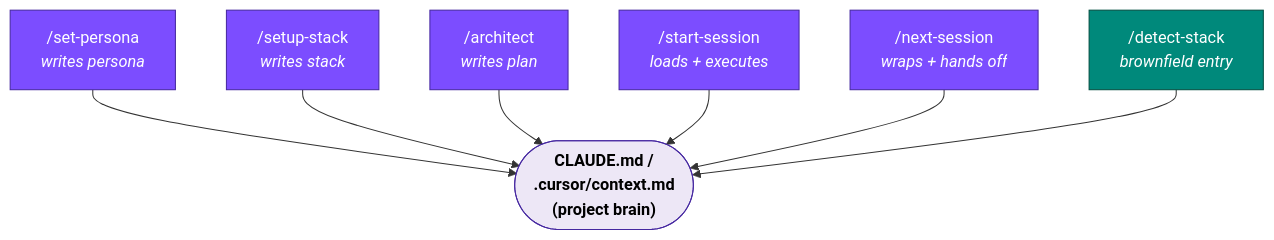
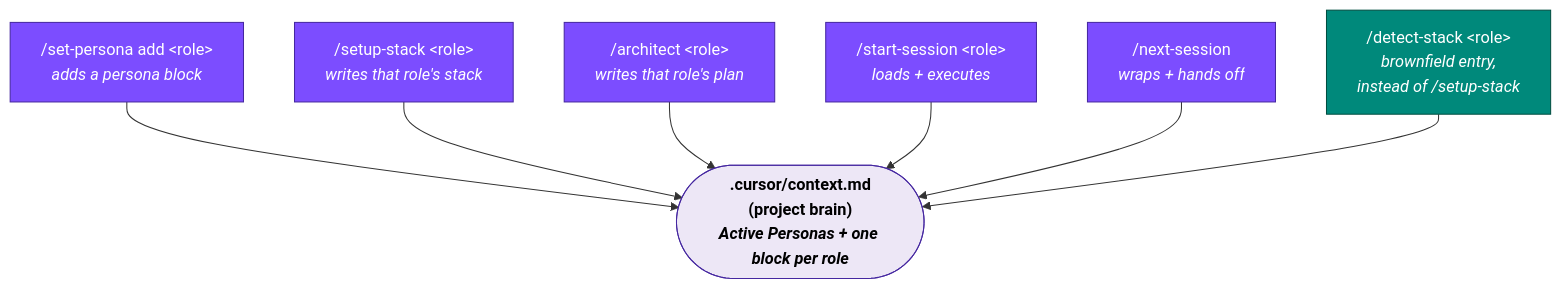
Before and after one commit to axel-sirota/cursor-course-templates: the diagram in materials/diagrams/d04-six-commands-overview.mmd, drawn with Mermaid. The commit also changed 58 other files, not shown here.

First line of the commit message:
feat(intuit): enforce persona flow gates, fix slide diagrams, add basic concepts section

```diff
--- a/materials/diagrams/d04-six-commands-overview.mmd
+++ b/materials/diagrams/d04-six-commands-overview.mmd
@@ -1,23 +1,23 @@
 flowchart TB
-  CTX(["CLAUDE.md /<br/>.cursor/context.md<br/>(project brain)"])
+  CTX([".cursor/context.md<br/>(project brain)<br/><i>Active Personas + one block per role</i>"])
 
-  SP["/set-persona<br/><i>writes persona</i>"]
-  SS["/setup-stack<br/><i>writes stack</i>"]
-  AR["/architect<br/><i>writes plan</i>"]
-  ST["/start-session<br/><i>loads + executes</i>"]
+  SP["/set-persona add &lt;role&gt;<br/><i>adds a persona block</i>"]
+  SS["/setup-stack &lt;role&gt;<br/><i>writes that role's stack</i>"]
+  AR["/architect &lt;role&gt;<br/><i>writes that role's plan</i>"]
+  ST["/start-session &lt;role&gt;<br/><i>loads + executes</i>"]
   NS["/next-session<br/><i>wraps + hands off</i>"]
-  DS["/detect-stack<br/><i>brownfield entry</i>"]
+  DS["/detect-stack &lt;role&gt;<br/><i>brownfield entry,<br/>instead of /setup-stack</i>"]
 
   SP --> CTX
   SS --> CTX
   AR --> CTX
   ST --> CTX
   NS --> CTX
   DS --> CTX
 
   classDef ctx fill:#ede7f6,stroke:#4527a0,color:#000,font-weight:bold;
   classDef spine fill:#7c4dff,stroke:#4527a0,color:#fff;
   classDef side fill:#00897b,stroke:#004d40,color:#fff;
   class CTX ctx;
   class SP,SS,AR,ST,NS spine;
   class DS side;
```
